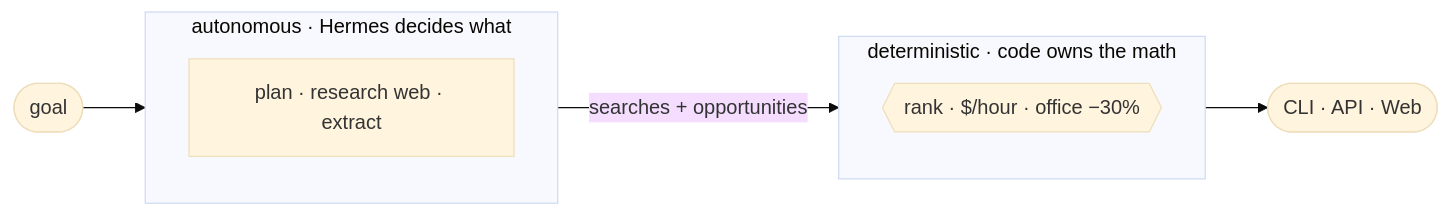
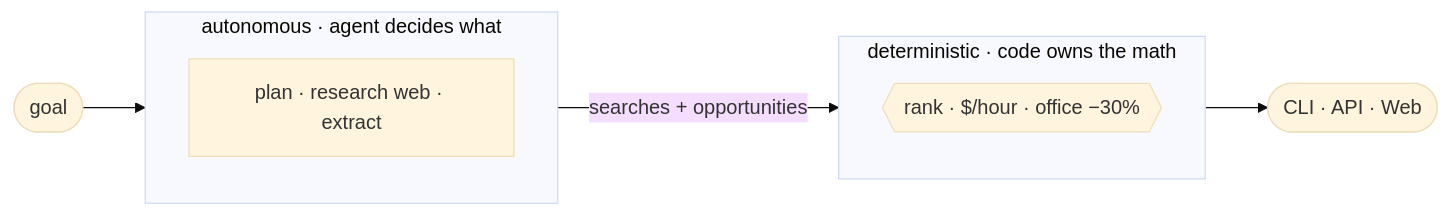
The second of 2 diagrams in README.md (pdj555/job-engine), drawn with Mermaid (base theme) before and after one commit. The commit also changed other lines of this file and 13 other files, not shown here.

First line of the commit message:
Replace Hermes sidecar with in-process agent

````diff
--- a/README.md
+++ b/README.md
@@ -48,16 +48,16 @@
 ```mermaid
 flowchart LR
   G([goal]) --> A
 
-  subgraph A[autonomous · Hermes decides what]
+  subgraph A[autonomous · agent decides what]
     H[plan · research web · extract]
   end
 
   A -->|searches + opportunities| D
 
   subgraph D[deterministic · code owns the math]
     R{{rank · $/hour · office −30%}}
   end
 
   D --> O([CLI · API · Web])
 ```
````
